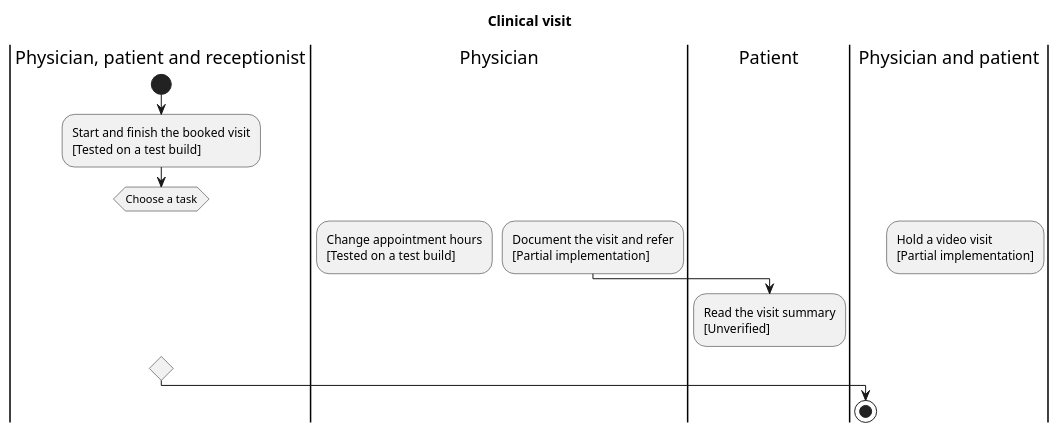
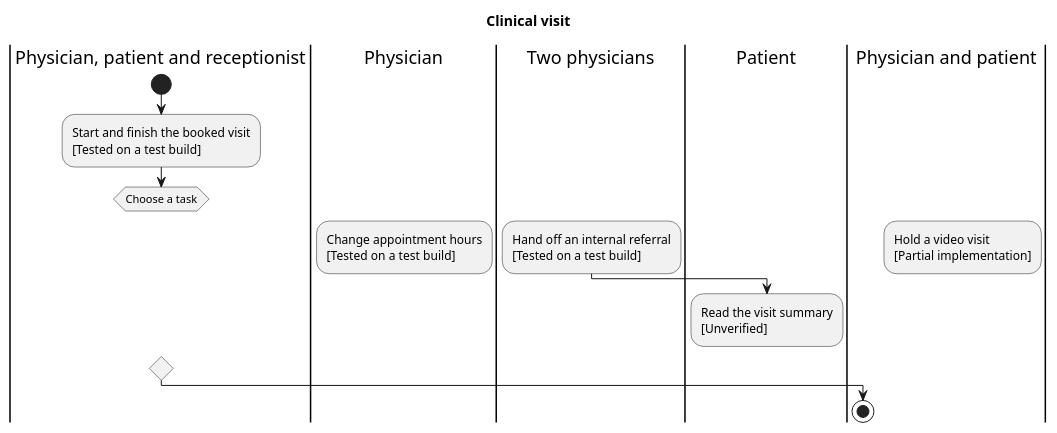
Before and after one commit to medbookdev/medbook-readiness: the diagram in visit-en.puml, drawn with PlantUML. The commit also changed 11 other files, not shown here.

Commit message:
Show receipt of the internal referral by the second physician on the private build

```diff
--- a/visit-en.puml
+++ b/visit-en.puml
@@ -1,21 +1,21 @@
 @startuml
 title Clinical visit
 |Physician, patient and receptionist|
 start
 |Physician, patient and receptionist|
 :Start and finish the booked visit\n[Tested on a test build];
 switch (Choose a task)
 case (Manage the schedule)
 |Physician|
 :Change appointment hours\n[Tested on a test build];
 case (Conduct a visit)
-|Physician|
-:Document the visit and refer\n[Partial implementation];
+|Two physicians|
+:Hand off an internal referral\n[Tested on a test build];
 |Patient|
 :Read the visit summary\n[Unverified];
 case (Video consultation)
 |Physician and patient|
 :Hold a video visit\n[Partial implementation];
 endswitch
 stop
 @enduml
```
